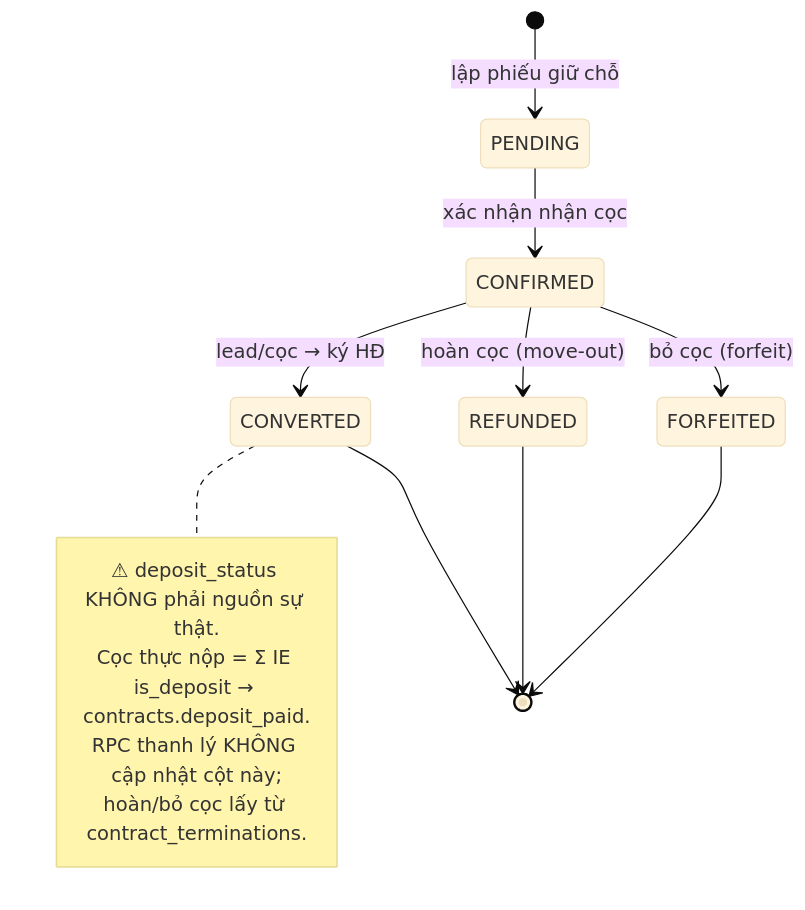
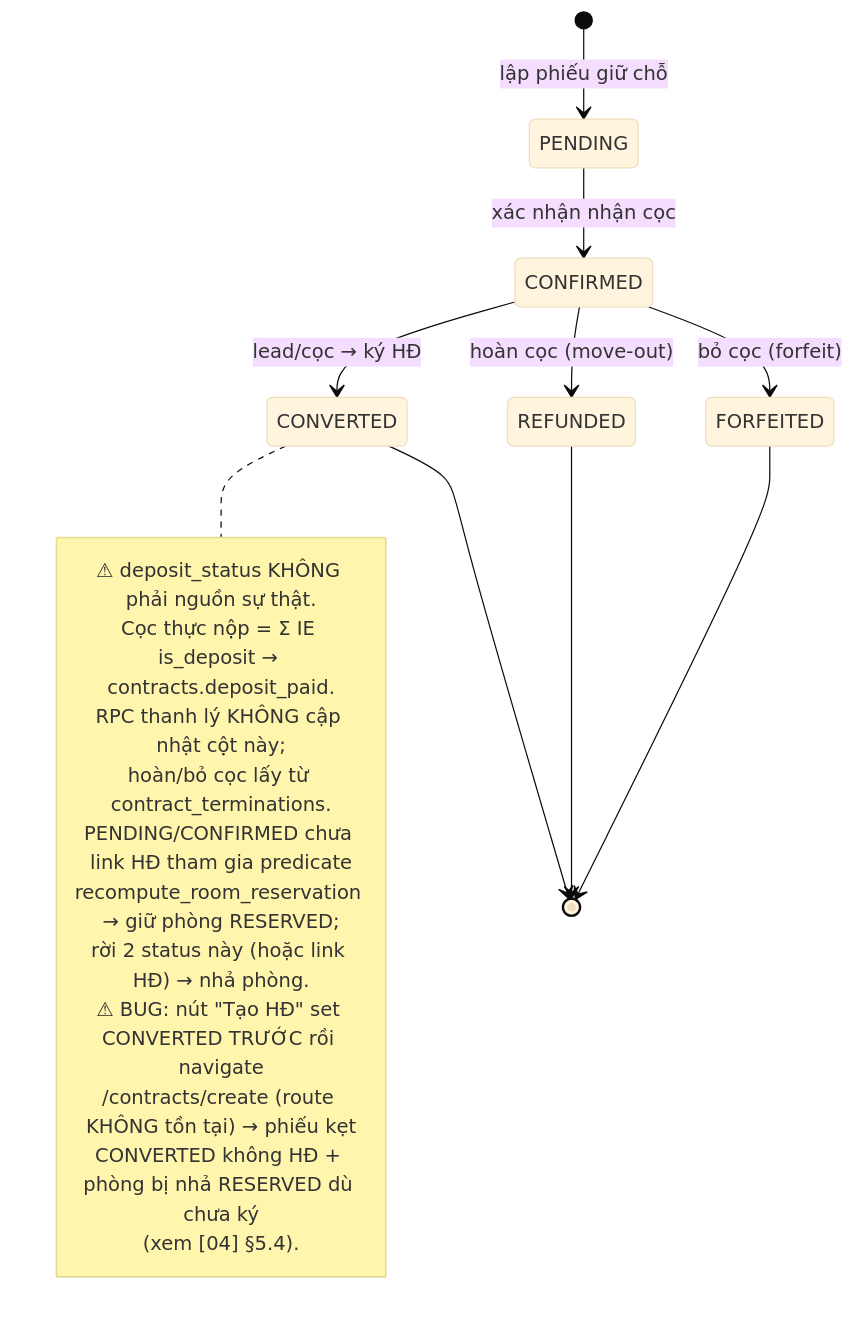
The sixth of 7 diagrams in docs/he-thong/99-quy-trinh-tong.md (zxGreenxz/whiteboard-ihomecrm), drawn with Mermaid (base theme) before and after one commit. The commit also changed other lines of this file and 17 other files, not shown here.

````diff
--- a/docs/he-thong/99-quy-trinh-tong.md
+++ b/docs/he-thong/99-quy-trinh-tong.md
@@ -319,17 +347,24 @@
 ```mermaid
 stateDiagram-v2
     [*] --> PENDING: lập phiếu giữ chỗ
     PENDING --> CONFIRMED: xác nhận nhận cọc
     CONFIRMED --> CONVERTED: lead/cọc → ký HĐ
     CONFIRMED --> REFUNDED: hoàn cọc (move-out)
     CONFIRMED --> FORFEITED: bỏ cọc (forfeit)
     note right of CONVERTED
         ⚠ deposit_status KHÔNG phải nguồn sự thật.
         Cọc thực nộp = Σ IE is_deposit → contracts.deposit_paid.
         RPC thanh lý KHÔNG cập nhật cột này;
         hoàn/bỏ cọc lấy từ contract_terminations.
+        PENDING/CONFIRMED chưa link HĐ tham gia predicate
+        recompute_room_reservation → giữ phòng RESERVED;
+        rời 2 status này (hoặc link HĐ) → nhả phòng.
+        ⚠ BUG: nút "Tạo HĐ" set CONVERTED TRƯỚC rồi navigate
+        /contracts/create (route KHÔNG tồn tại) → phiếu kẹt
+        CONVERTED không HĐ + phòng bị nhả RESERVED dù chưa ký
+        (xem [04] §5.4).
     end note
     CONVERTED --> [*]
     REFUNDED --> [*]
     FORFEITED --> [*]
 ```
````
